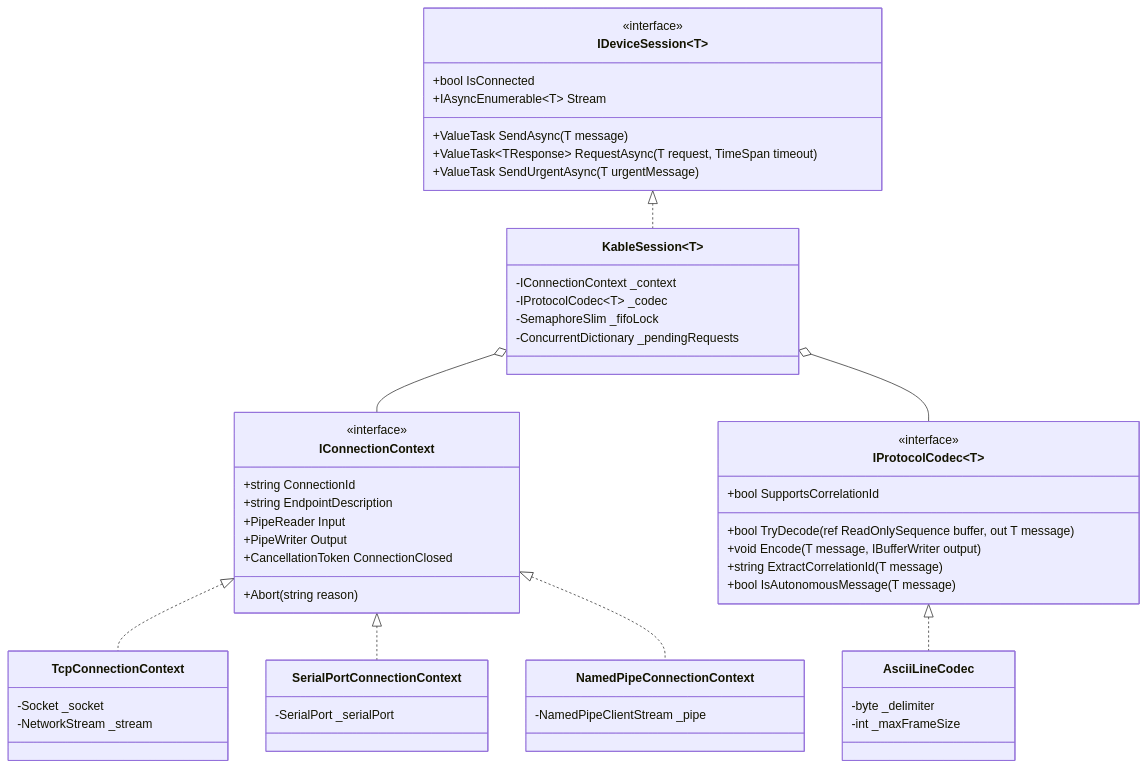
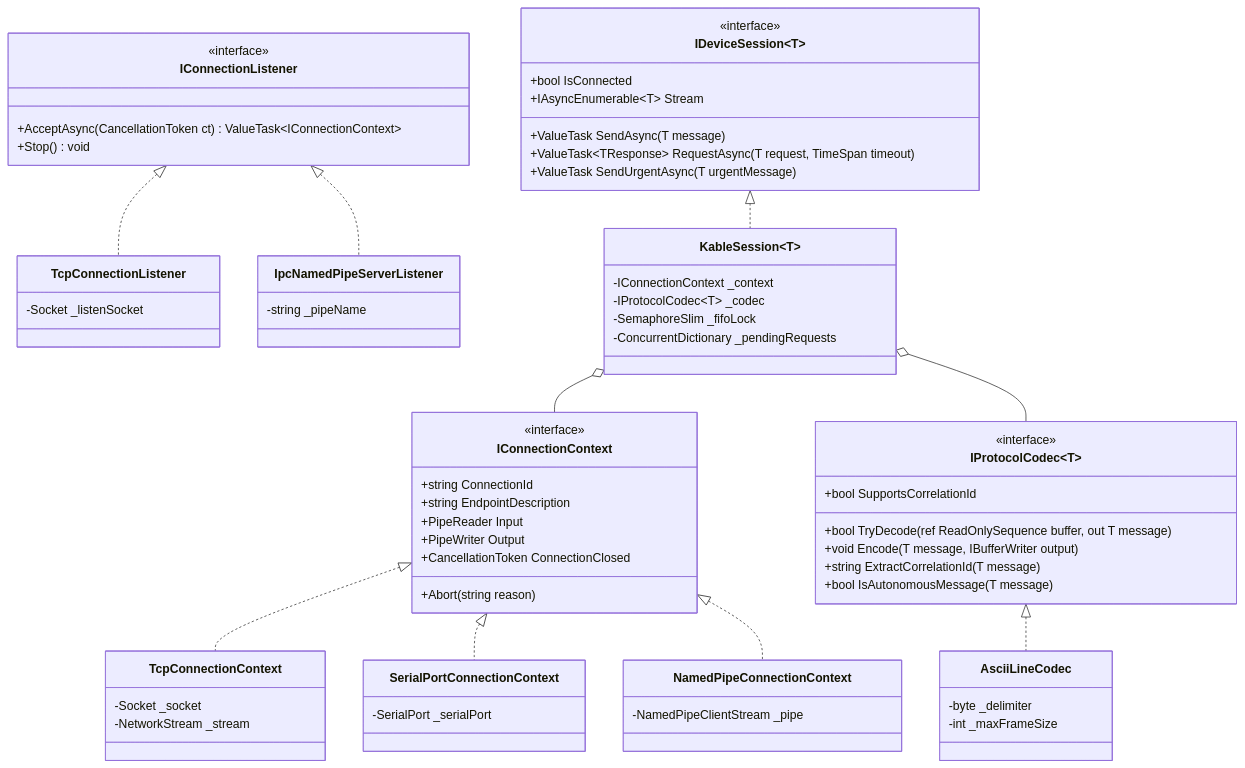
The diagram in docs/ko/01_ARCHITECTURE_OVERVIEW.md (Johnny-HW/Kable), drawn with Mermaid before and after one commit. The commit also changed 14 other files, not shown here.

````diff
--- a/docs/ko/01_ARCHITECTURE_OVERVIEW.md
+++ b/docs/ko/01_ARCHITECTURE_OVERVIEW.md
@@ -74,60 +74,75 @@
 ```mermaid
 classDiagram
     %% Transport Layer
     class IConnectionContext {
         <<interface>>
         +string ConnectionId
         +string EndpointDescription
         +PipeReader Input
         +PipeWriter Output
         +CancellationToken ConnectionClosed
         +Abort(string reason)
     }
     class TcpConnectionContext {
         -Socket _socket
         -NetworkStream _stream
     }
     class SerialPortConnectionContext {
         -SerialPort _serialPort
     }
     class NamedPipeConnectionContext {
         -NamedPipeClientStream _pipe
     }
     IConnectionContext <|.. TcpConnectionContext
     IConnectionContext <|.. SerialPortConnectionContext
     IConnectionContext <|.. NamedPipeConnectionContext
+
+    %% Server / Listener Layer (1:N Hosting)
+    class IConnectionListener {
+        <<interface>>
+        +AcceptAsync(CancellationToken ct) ValueTask~IConnectionContext~
+        +Stop() void
+    }
+    class TcpConnectionListener {
+        -Socket _listenSocket
+    }
+    class IpcNamedPipeServerListener {
+        -string _pipeName
+    }
+    IConnectionListener <|.. TcpConnectionListener
+    IConnectionListener <|.. IpcNamedPipeServerListener
 
     %% Codec Layer
     class IProtocolCodec~T~ {
         <<interface>>
         +bool SupportsCorrelationId
         +bool TryDecode(ref ReadOnlySequence buffer, out T message)
         +void Encode(T message, IBufferWriter output)
         +string ExtractCorrelationId(T message)
         +bool IsAutonomousMessage(T message)
     }
     class AsciiLineCodec {
         -byte _delimiter
         -int _maxFrameSize
     }
     IProtocolCodec <|.. AsciiLineCodec
 
     %% Session Layer
     class IDeviceSession~T~ {
         <<interface>>
         +bool IsConnected
         +IAsyncEnumerable~T~ Stream
         +ValueTask SendAsync(T message)
         +ValueTask~TResponse~ RequestAsync(T request, TimeSpan timeout)
         +ValueTask SendUrgentAsync(T urgentMessage)
     }
     class KableSession~T~ {
         -IConnectionContext _context
         -IProtocolCodec~T~ _codec
         -SemaphoreSlim _fifoLock
         -ConcurrentDictionary _pendingRequests
     }
     IDeviceSession <|.. KableSession
     KableSession o-- IConnectionContext
     KableSession o-- IProtocolCodec
 ```
````
